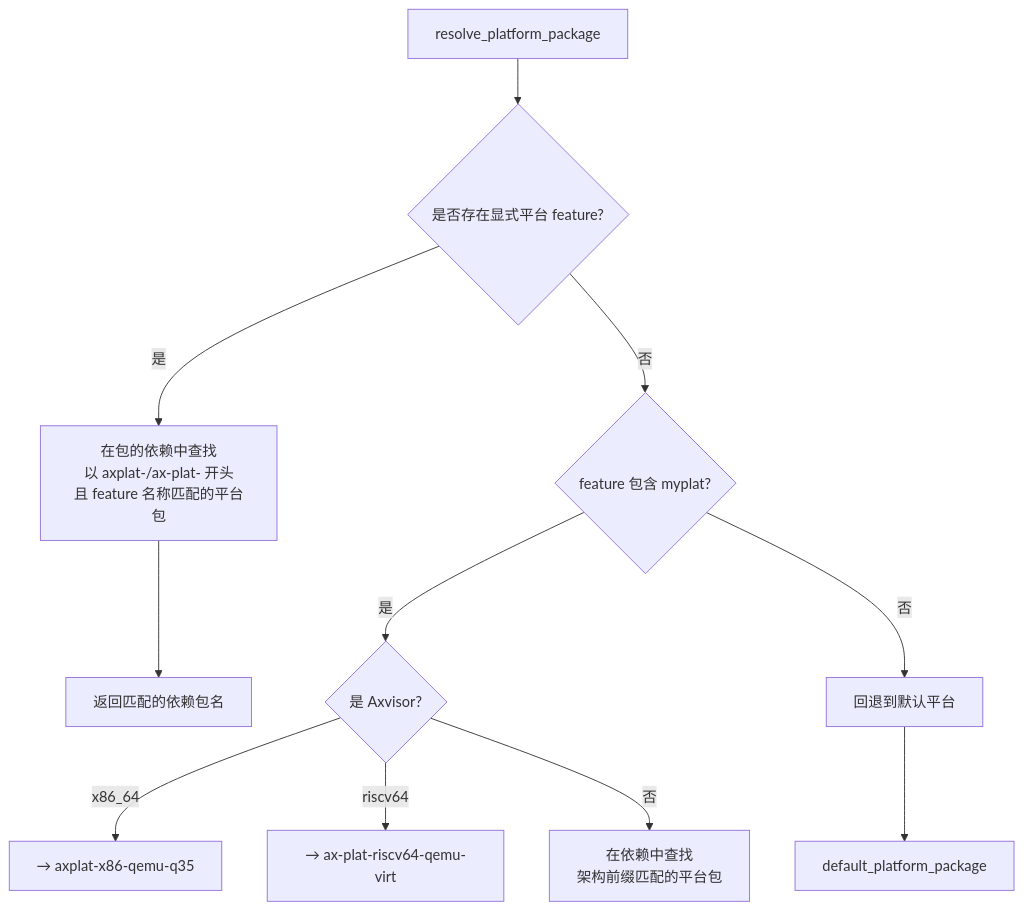
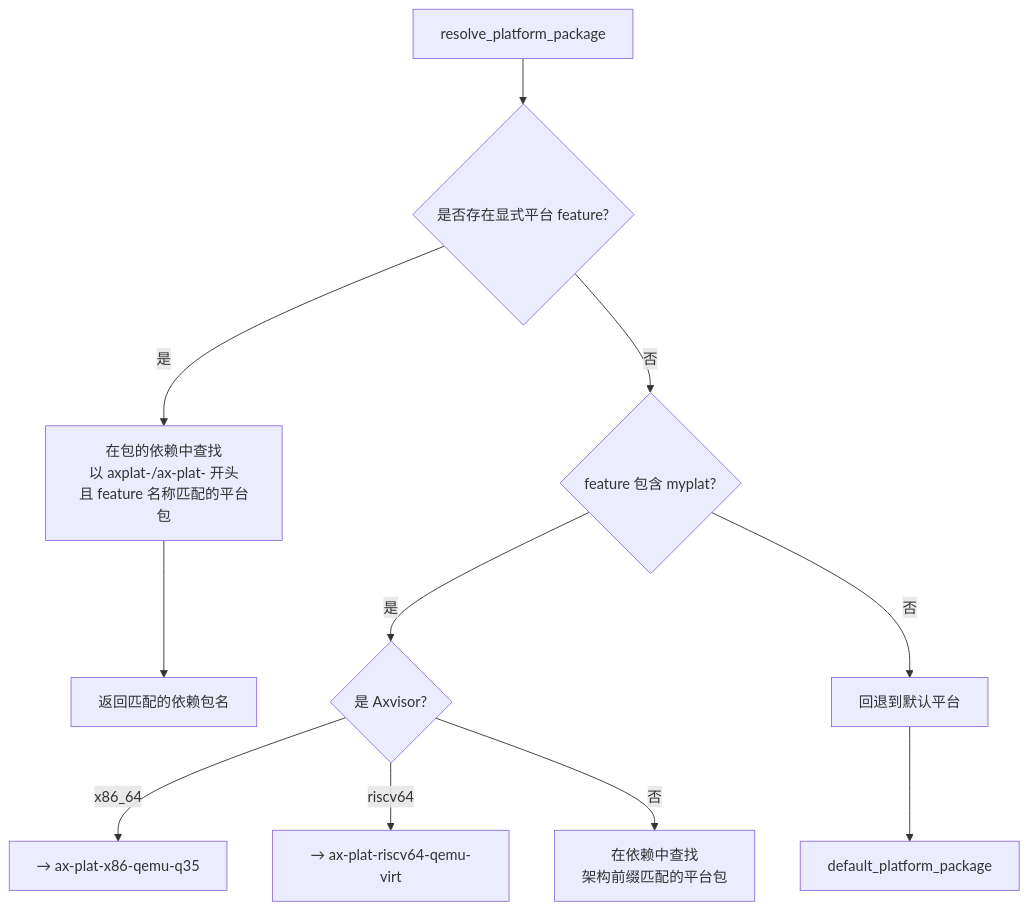
The sixth of 8 diagrams in docs/docs/build/build.md (rcore-os/tgoskits), drawn with Mermaid before and after one commit. The commit also changed other lines of this file and 349 other files, not shown here.

First line of the commit message:
Implement platform-specific interrupt handling and setup for various architectures

````diff
--- a/docs/docs/build/build.md
+++ b/docs/docs/build/build.md
@@ -194,13 +194,13 @@
 ```mermaid
 flowchart TD
     A[resolve_platform_package] --> B{是否存在显式平台 feature?}
     B -->|是| C["在包的依赖中查找<br/>以 axplat-/ax-plat- 开头<br/>且 feature 名称匹配的平台包"]
     C --> D["返回匹配的依赖包名"]
     B -->|否| E{feature 包含 myplat?}
     E -->|是| F{是 Axvisor?}
-    F -->|x86_64| G["→ axplat-x86-qemu-q35"]
+    F -->|x86_64| G["→ ax-plat-x86-qemu-q35"]
     F -->|riscv64| H["→ ax-plat-riscv64-qemu-virt"]
     F -->|否| I["在依赖中查找<br/>架构前缀匹配的平台包"]
     E -->|否| J["回退到默认平台"]
     J --> K[default_platform_package]
 ```
````
